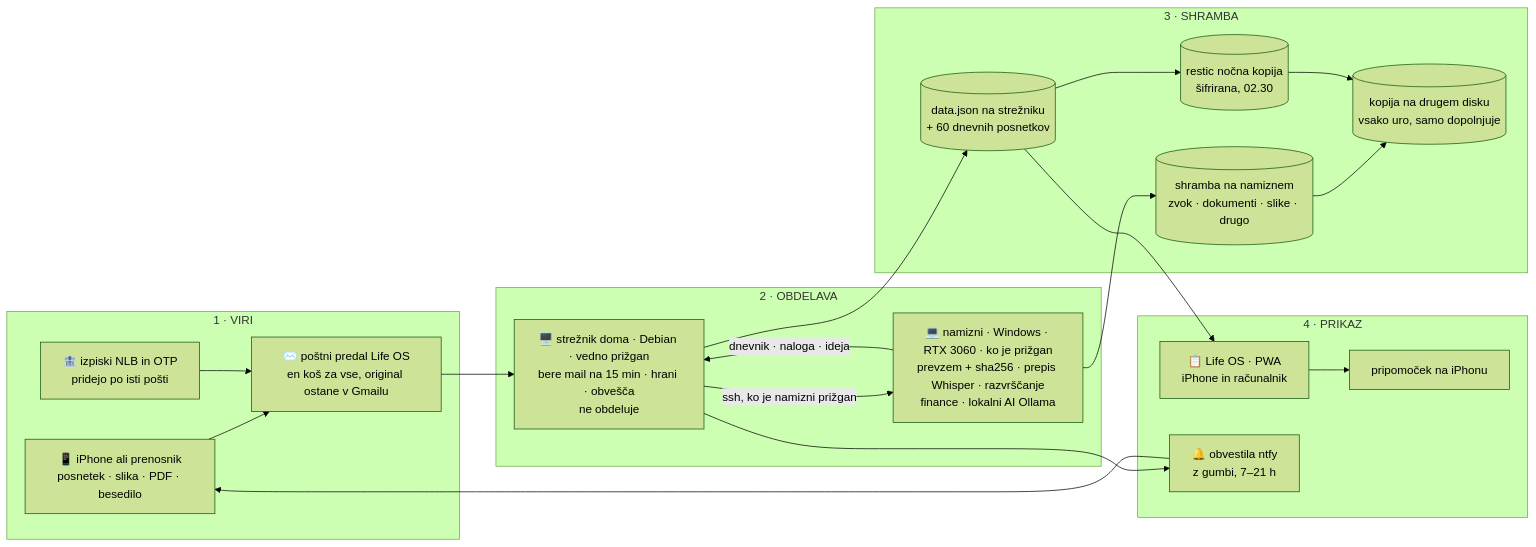
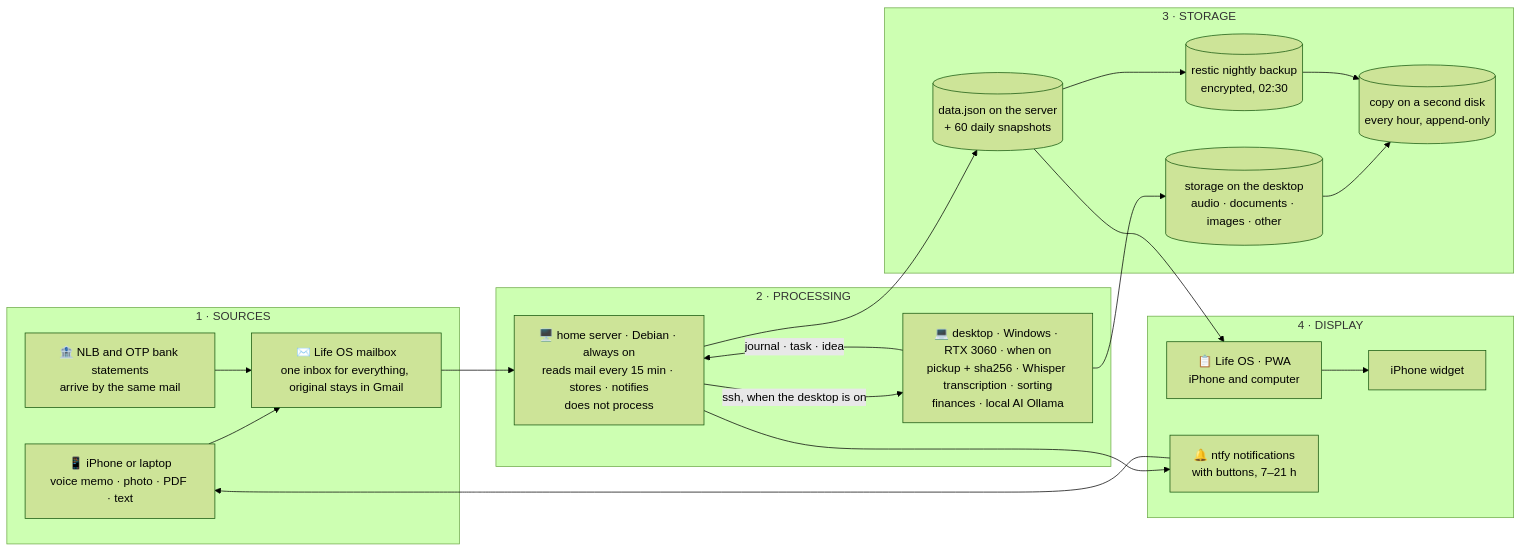
Before and after one commit to planinsek15/life-os: the diagram in README.md, drawn with Mermaid (forest theme). The commit also changed other lines of this file and 1 other file, not shown here.

First line of the commit message:
README v angleščini, slovenski v README.sl.md; na vrh stavek, kaj Life OS je, in razdelek Na kratko

````diff
--- a/README.md
+++ b/README.md
@@ -67,31 +83,31 @@
 ```mermaid
 flowchart LR
-    subgraph V["1 · VIRI"]
-        TEL["📱 iPhone ali prenosnik<br/>posnetek · slika · PDF · besedilo"]
-        MAIL["✉️ poštni predal Life OS<br/>en koš za vse, original ostane v Gmailu"]
-        BANKA["🏦 izpiski NLB in OTP<br/>pridejo po isti pošti"]
+    subgraph V["1 · SOURCES"]
+        TEL["📱 iPhone or laptop<br/>voice memo · photo · PDF · text"]
+        MAIL["✉️ Life OS mailbox<br/>one inbox for everything, original stays in Gmail"]
+        BANKA["🏦 NLB and OTP bank statements<br/>arrive by the same mail"]
     end
-    subgraph O["2 · OBDELAVA"]
-        SRV["🖥️ strežnik doma · Debian · vedno prižgan<br/>bere mail na 15 min · hrani · obvešča<br/>ne obdeluje"]
-        NAM["💻 namizni · Windows · RTX 3060 · ko je prižgan<br/>prevzem + sha256 · prepis Whisper · razvrščanje<br/>finance · lokalni AI Ollama"]
+    subgraph O["2 · PROCESSING"]
+        SRV["🖥️ home server · Debian · always on<br/>reads mail every 15 min · stores · notifies<br/>does not process"]
+        NAM["💻 desktop · Windows · RTX 3060 · when on<br/>pickup + sha256 · Whisper transcription · sorting<br/>finances · local AI Ollama"]
     end
-    subgraph S["3 · SHRAMBA"]
-        JSON[("data.json na strežniku<br/>+ 60 dnevnih posnetkov")]
-        SHR[("shramba na namiznem<br/>zvok · dokumenti · slike · drugo")]
-        D[("kopija na drugem disku<br/>vsako uro, samo dopolnjuje")]
-        RES[("restic nočna kopija<br/>šifrirana, 02.30")]
+    subgraph S["3 · STORAGE"]
+        JSON[("data.json on the server<br/>+ 60 daily snapshots")]
+        SHR[("storage on the desktop<br/>audio · documents · images · other")]
+        D[("copy on a second disk<br/>every hour, append-only")]
+        RES[("restic nightly backup<br/>encrypted, 02:30")]
     end
-    subgraph P["4 · PRIKAZ"]
-        APP["📋 Life OS · PWA<br/>iPhone in računalnik"]
-        NTFY["🔔 obvestila ntfy<br/>z gumbi, 7–21 h"]
-        WID["pripomoček na iPhonu"]
+    subgraph P["4 · DISPLAY"]
+        APP["📋 Life OS · PWA<br/>iPhone and computer"]
+        NTFY["🔔 ntfy notifications<br/>with buttons, 7–21 h"]
+        WID["iPhone widget"]
     end
     TEL --> MAIL --> SRV
     BANKA --> MAIL
-    SRV -- "ssh, ko je namizni prižgan" --> NAM
+    SRV -- "ssh, when the desktop is on" --> NAM
     NAM --> SHR --> D
-    NAM -- "dnevnik · naloga · ideja" --> SRV
+    NAM -- "journal · task · idea" --> SRV
     SRV --> JSON --> APP --> WID
     SRV --> NTFY --> TEL
     JSON --> RES --> D
 ```
````
